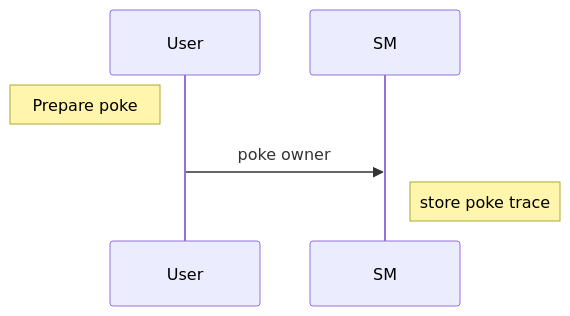
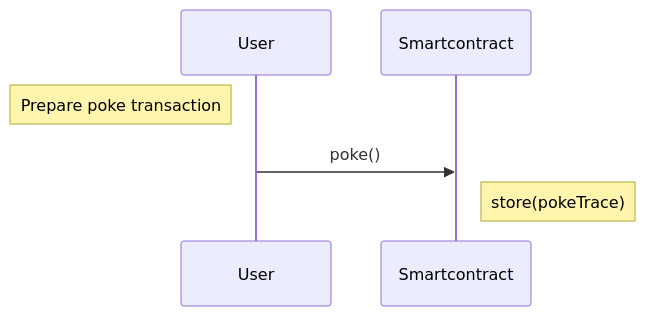
Before and after one commit to marigold-dev/training-dapp-1: the diagram in README.md, drawn with Mermaid. The commit also changed other lines of this file and 1 other file, not shown here.

````diff
--- a/README.md
+++ b/README.md
@@ -21,6 +15,6 @@
 ```mermaid
 sequenceDiagram
-  Note left of User: Prepare poke
-  User->>SM: poke owner
-  Note right of SM: store poke trace
+  Note left of User: Prepare poke transaction
+  User->>Smartcontract: poke()
+  Note right of Smartcontract: store(pokeTrace)
 ```
````
